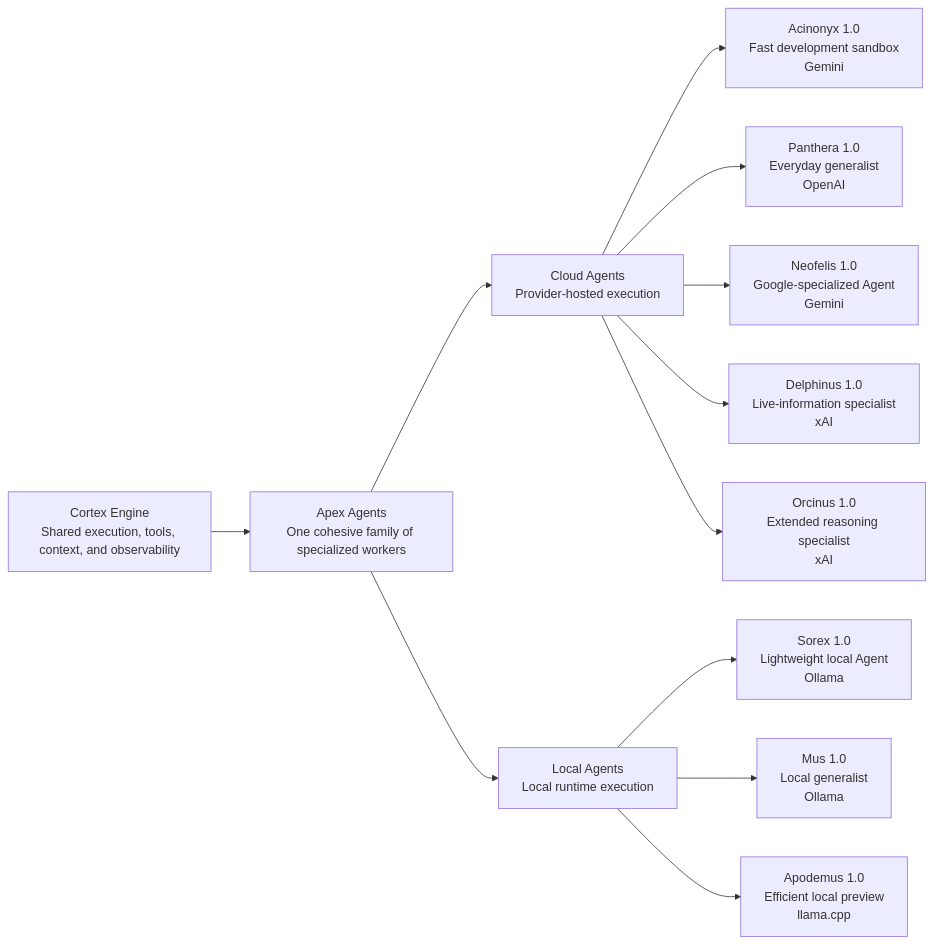
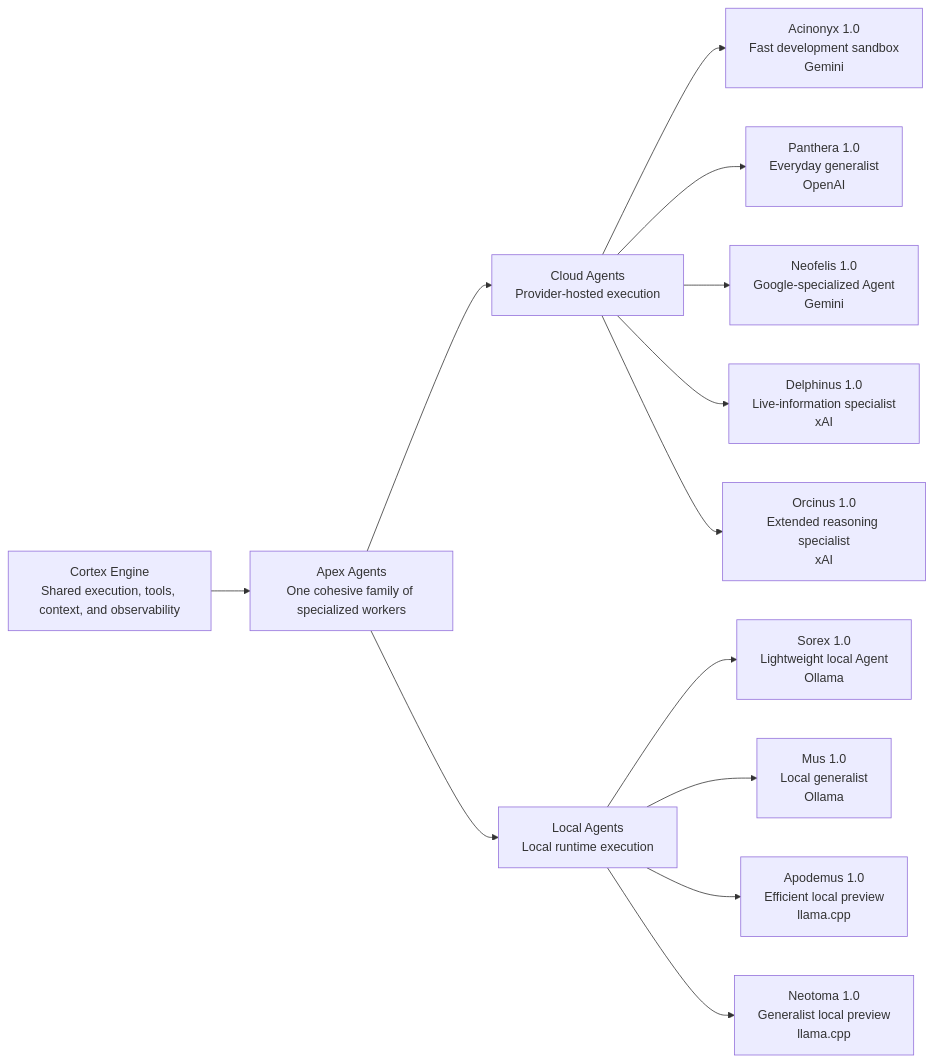
Before and after one commit to edumarcano/APEX: the diagram in docs/identity-and-naming.md, drawn with Mermaid. The commit also changed other lines of this file and 73 other files, not shown here.

First line of the commit message:
feat: generalize llama.cpp local Agents and briefing (#319)

````diff
--- a/docs/identity-and-naming.md
+++ b/docs/identity-and-naming.md
@@ -134,22 +134,23 @@
 ```mermaid
 flowchart LR
     ENGINE["Cortex Engine<br/>Shared execution, tools, context, and observability"]
     FAMILY["Apex Agents<br/>One cohesive family of specialized workers"]
 
     CLOUD["Cloud Agents<br/>Provider-hosted execution"]
     LOCAL["Local Agents<br/>Local runtime execution"]
 
     ENGINE --> FAMILY
     FAMILY --> CLOUD
     FAMILY --> LOCAL
 
     CLOUD --> ACINONYX["Acinonyx 1.0<br/>Fast development sandbox<br/>Gemini"]
     CLOUD --> PANTHERA["Panthera 1.0<br/>Everyday generalist<br/>OpenAI"]
     CLOUD --> NEOFELIS["Neofelis 1.0<br/>Google-specialized Agent<br/>Gemini"]
     CLOUD --> DELPHINUS["Delphinus 1.0<br/>Live-information specialist<br/>xAI"]
     CLOUD --> ORCINUS["Orcinus 1.0<br/>Extended reasoning specialist<br/>xAI"]
 
     LOCAL --> SOREX["Sorex 1.0<br/>Lightweight local Agent<br/>Ollama"]
     LOCAL --> MUS["Mus 1.0<br/>Local generalist<br/>Ollama"]
     LOCAL --> APODEMUS["Apodemus 1.0<br/>Efficient local preview<br/>llama.cpp"]
+    LOCAL --> NEOTOMA["Neotoma 1.0<br/>Generalist local preview<br/>llama.cpp"]
 ```
````
